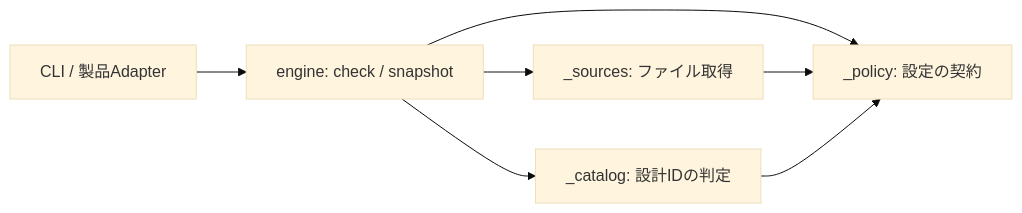
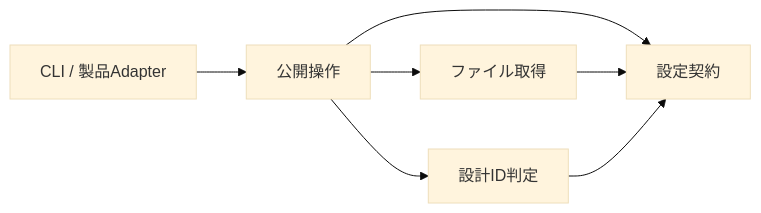
One commit to 9uiLe/nibble changed the diagram in tools/ui-design/README.md. Above: the diagram before and after it, drawn with Mermaid (base theme). The commit also changed other lines of this file and 9 other files, not shown here.

````diff
--- a/tools/ui-design/README.md
+++ b/tools/ui-design/README.md
@@ -17,9 +86,9 @@
 ```mermaid
 flowchart LR
-    CLI[CLI / 製品Adapter] --> Engine[engine: check / snapshot]
-    Engine --> Sources[_sources: ファイル取得]
-    Engine --> Policy[_policy: 設定の契約]
-    Engine --> Catalog[_catalog: 設計IDの判定]
+    CLI[CLI / 製品Adapter] --> Engine[公開操作]
+    Engine --> Sources[ファイル取得]
+    Engine --> Policy[設定契約]
+    Engine --> Catalog[設計ID判定]
     Sources --> Policy
     Catalog --> Policy
 ```
````
